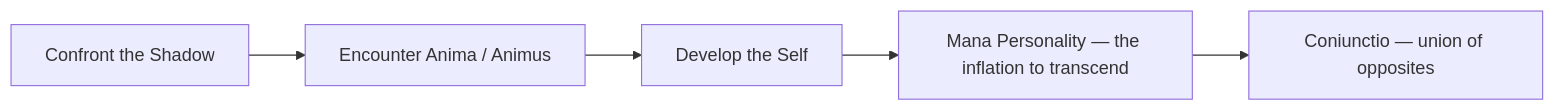
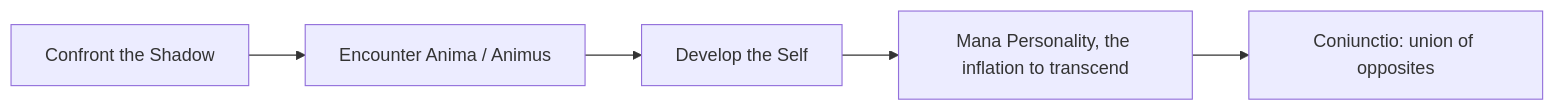
Before and after one commit to kennethreitz/kennethreitz.org: the diagram in data/knowledge/psychology/jungian/individuation.md, drawn with Mermaid. The commit also changed other lines of this file and 879 other files, not shown here.

````diff
--- a/data/knowledge/psychology/jungian/individuation.md
+++ b/data/knowledge/psychology/jungian/individuation.md
@@ -61,7 +61,7 @@
 ```mermaid
 flowchart LR
     Sh["Confront the Shadow"] --> AA["Encounter Anima / Animus"]
     AA --> Se["Develop the Self"]
-    Se --> Mp["Mana Personality — the inflation to transcend"]
-    Mp --> Co["Coniunctio — union of opposites"]
+    Se --> Mp["Mana Personality, the inflation to transcend"]
+    Mp --> Co["Coniunctio: union of opposites"]
 ```
````
